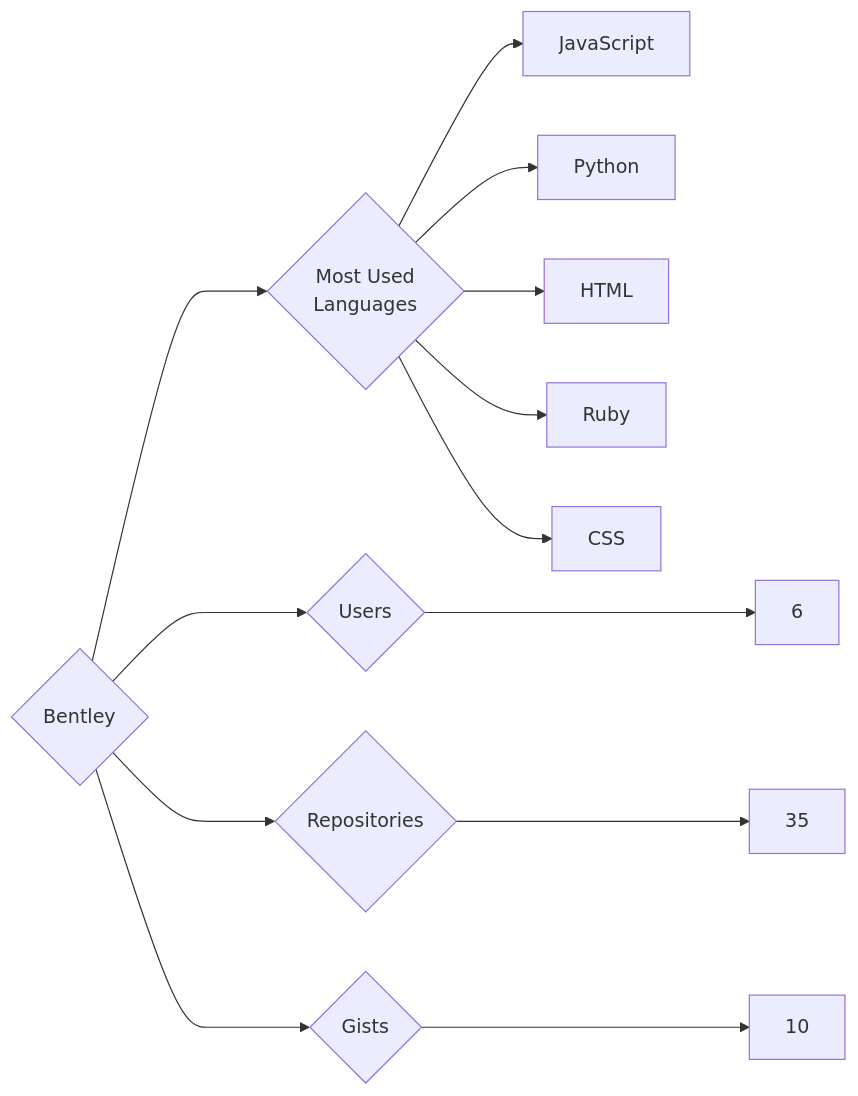
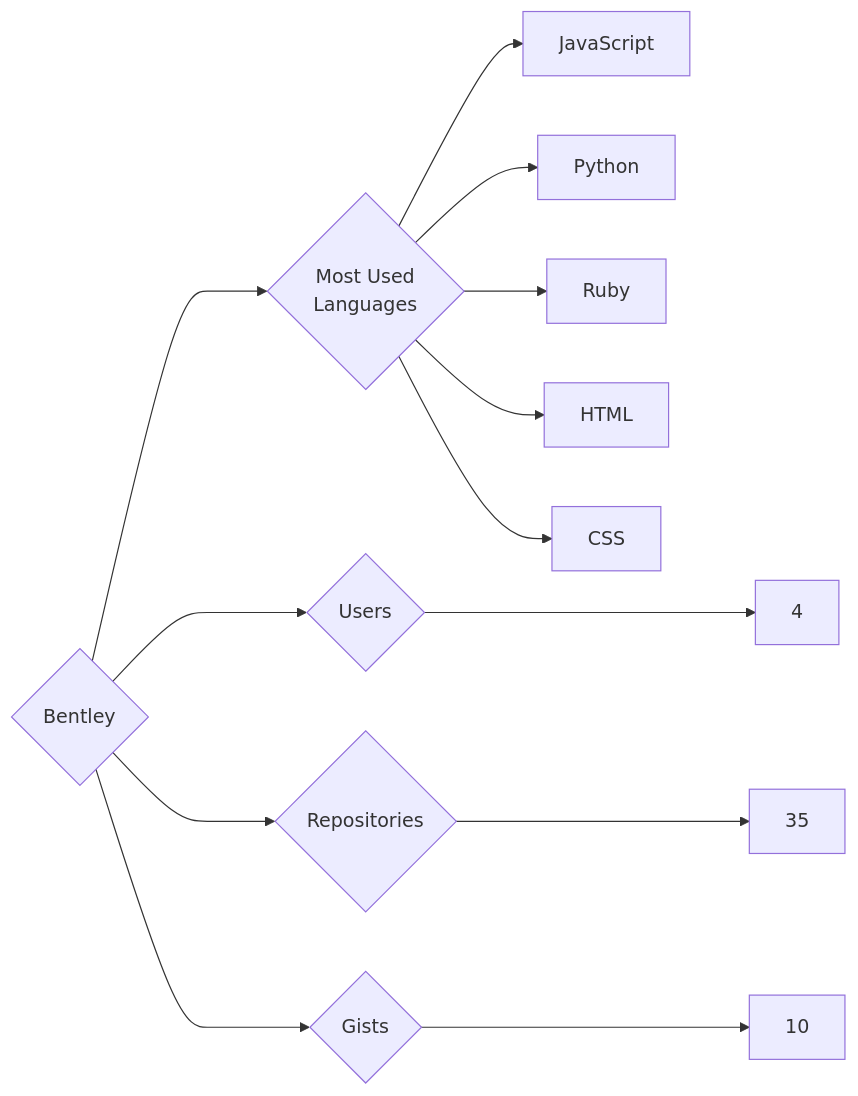
Before and after one commit to trickest/insiders: the diagram in targets/Bentley/README.md, drawn with Mermaid. The commit also changed 1089 other files, not shown here.

````diff
--- a/targets/Bentley/README.md
+++ b/targets/Bentley/README.md
@@ -3,13 +3,13 @@
 ```mermaid
 graph LR
 COMPANY_NAME{Bentley}
-COMPANY_NAME ---> U{Users} ---> UN[6]
+COMPANY_NAME ---> U{Users} ---> UN[4]
 COMPANY_NAME ---> R{Repositories} ---> RN[35]
 COMPANY_NAME ---> G{Gists} ---> GN[10]
 COMPANY_NAME ---> ML{Most Used<br>Languages}
 ML --> JavaScript[JavaScript]
 ML --> Python[Python]
+ML --> Ruby[Ruby]
 ML --> HTML[HTML]
-ML --> Ruby[Ruby]
 ML --> CSS[CSS]
 ```
````
